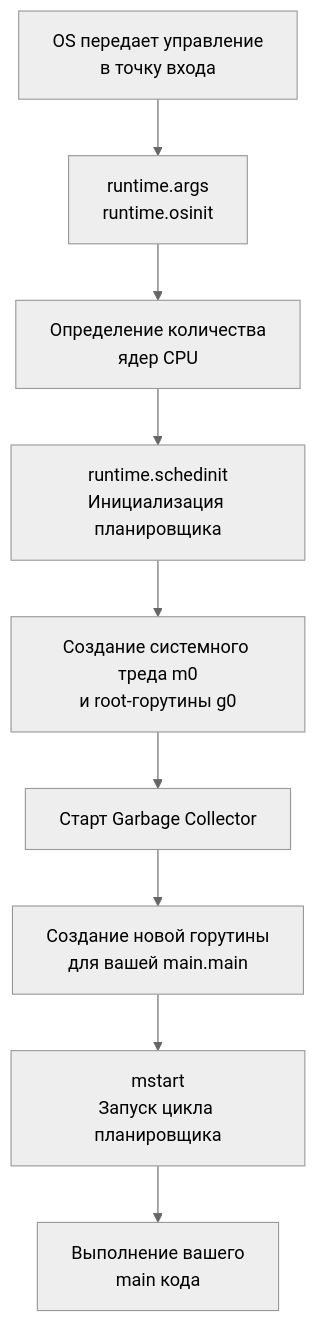
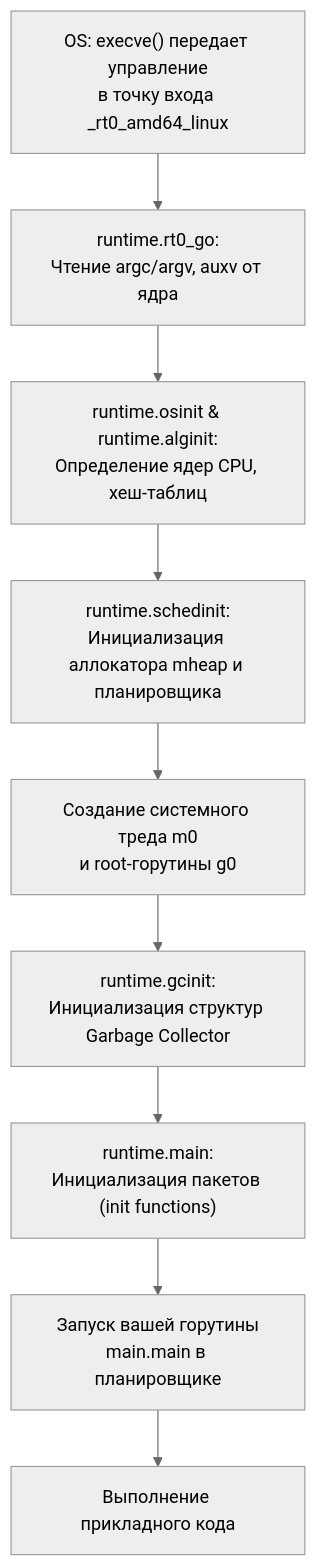
One commit to UnrealTemplier/go-textbook changed the diagram in sources/1. Архитектура компьютера/1. Обзор. Путь программы от go run main.go до движения электронов.md. Above: the diagram before and after it, drawn with Mermaid (neutral theme). The commit also changed other lines of this file, not shown here.

````diff
--- a/sources/1. Архитектура компьютера/1. Обзор. Путь программы от go run main.go до движения электронов.md
+++ b/sources/1. Архитектура компьютера/1. Обзор. Путь программы от go run main.go до движения электронов.md
@@ -51,11 +71,11 @@
 ```mermaid
 flowchart TD
-    A["OS передает управление<br>в точку входа"] --> B["runtime.args<br>runtime.osinit"]
-    B --> C["Определение количества<br>ядер CPU"]
-    C --> D["runtime.schedinit<br>Инициализация планировщика"]
+    A["OS: execve() передает управление<br>в точку входа _rt0_amd64_linux"] --> B["runtime.rt0_go:<br>Чтение argc/argv, auxv от ядра"]
+    B --> C["runtime.osinit & runtime.alginit:<br>Определение ядер CPU, хеш-таблиц"]
+    C --> D["runtime.schedinit:<br>Инициализация аллокатора mheap и планировщика"]
     D --> E["Создание системного треда m0<br>и root-горутины g0"]
-    E --> F["Старт Garbage Collector"]
-    F --> G["Создание новой горутины<br>для вашей main.main"]
-    G --> H["mstart<br>Запуск цикла планировщика"]
-    H --> I["Выполнение вашего<br>main кода"]
+    E --> F["runtime.gcinit:<br>Инициализация структур Garbage Collector"]
+    F --> G["runtime.main:<br>Инициализация пакетов (init functions)"]
+    G --> H["Запуск вашей горутины<br>main.main в планировщике"]
+    H --> I["Выполнение прикладного кода"]
 ```
````
